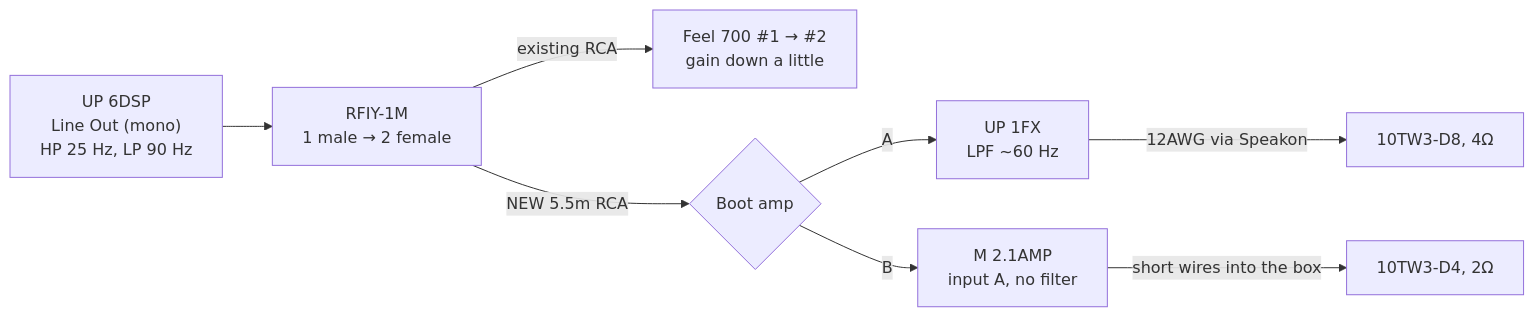
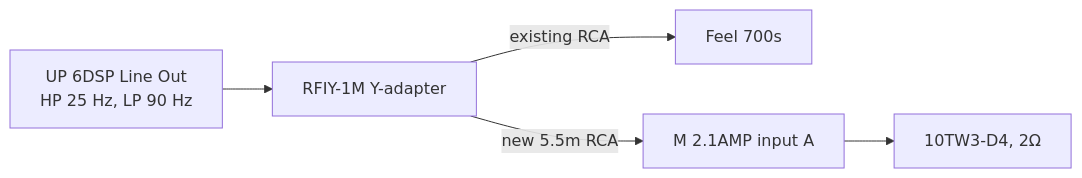
One commit to badsyntax/jimny-sound changed the second of 2 diagrams in SUB-UPGRADE.md. Above: the diagram before and after it, drawn with Mermaid. The commit also changed other lines of this file and 7 other files, not shown here.

First line of the commit message:
Boot sub plan: rewrite as one clear build with the M 2.1AMP

````diff
--- a/SUB-UPGRADE.md
+++ b/SUB-UPGRADE.md
@@ -409,8 +195,6 @@
 ```mermaid
 flowchart LR
-    DSP["UP 6DSP<br/>Line Out (mono)<br/>HP 25 Hz, LP 90 Hz"] --> Y["RFIY-1M<br/>1 male → 2 female"]
-    Y -->|"existing RCA"| F1["Feel 700 #1 → #2<br/>gain down a little"]
-    Y -->|"NEW 5.5m RCA"| X{"Boot amp"}
-    X -->|"A"| FX["UP 1FX<br/>LPF ~60 Hz"] -->|"12AWG via Speakon"| D8["10TW3-D8, 4Ω"]
-    X -->|"B"| M21["M 2.1AMP<br/>input A, no filter"] -->|"short wires into the box"| D4["10TW3-D4, 2Ω"]
+    DSP["UP 6DSP Line Out<br/>HP 25 Hz, LP 90 Hz"] --> Y["RFIY-1M Y-adapter"]
+    Y -->|"existing RCA"| F["Feel 700s"]
+    Y -->|"new 5.5m RCA"| B["M 2.1AMP input A"] --> S["10TW3-D4, 2Ω"]
 ```
````
